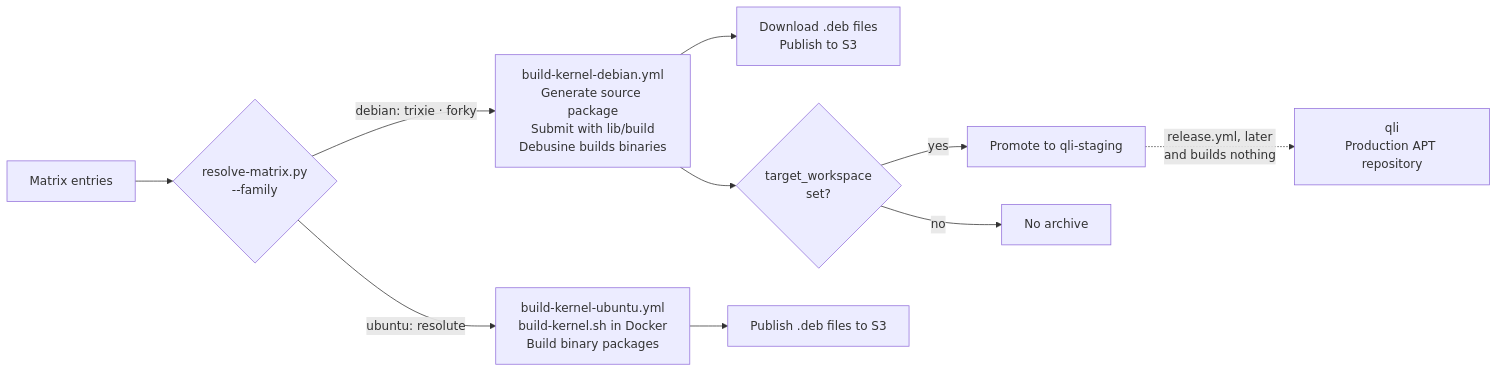
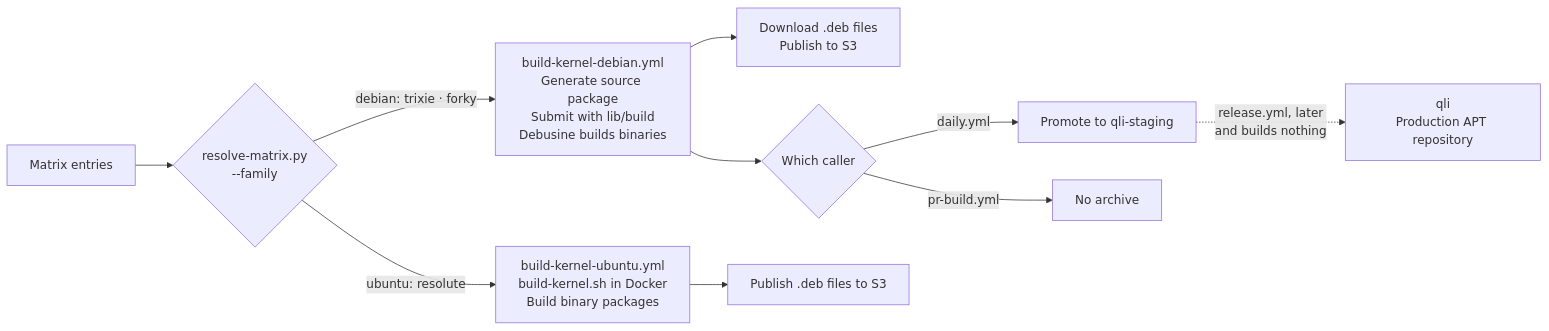
One commit to qualcomm-linux/pkg-linux-qcom changed the first of 6 diagrams in README.md. Above: the diagram before and after it, drawn with Mermaid. The commit also changed other lines of this file and 6 other files, not shown here.

````diff
--- a/README.md
+++ b/README.md
@@ -295,15 +287,15 @@
 ```mermaid
 flowchart LR
     IN["Matrix entries"] --> R{"resolve-matrix.py\n--family"}
 
     R -->|"debian: trixie · forky"| DEB["build-kernel-debian.yml\nGenerate source package\nSubmit with lib/build\nDebusine builds binaries"]
     R -->|"ubuntu: resolute"| UBU["build-kernel-ubuntu.yml\nbuild-kernel.sh in Docker\nBuild binary packages"]
 
     DEB --> S3["Download .deb files\nPublish to S3"]
-    DEB --> TW{"target_workspace\nset?"}
-    TW -->|yes| STG["Promote to qli-staging"]
-    TW -->|no| NONE["No archive"]
+    DEB --> TW{"Which caller"}
+    TW -->|"daily.yml"| STG["Promote to qli-staging"]
+    TW -->|"pr-build.yml"| NONE["No archive"]
     UBU --> US3["Publish .deb files to S3"]
 
     STG -.->|"release.yml, later\nand builds nothing"| QLI["qli\nProduction APT repository"]
 ```
````
